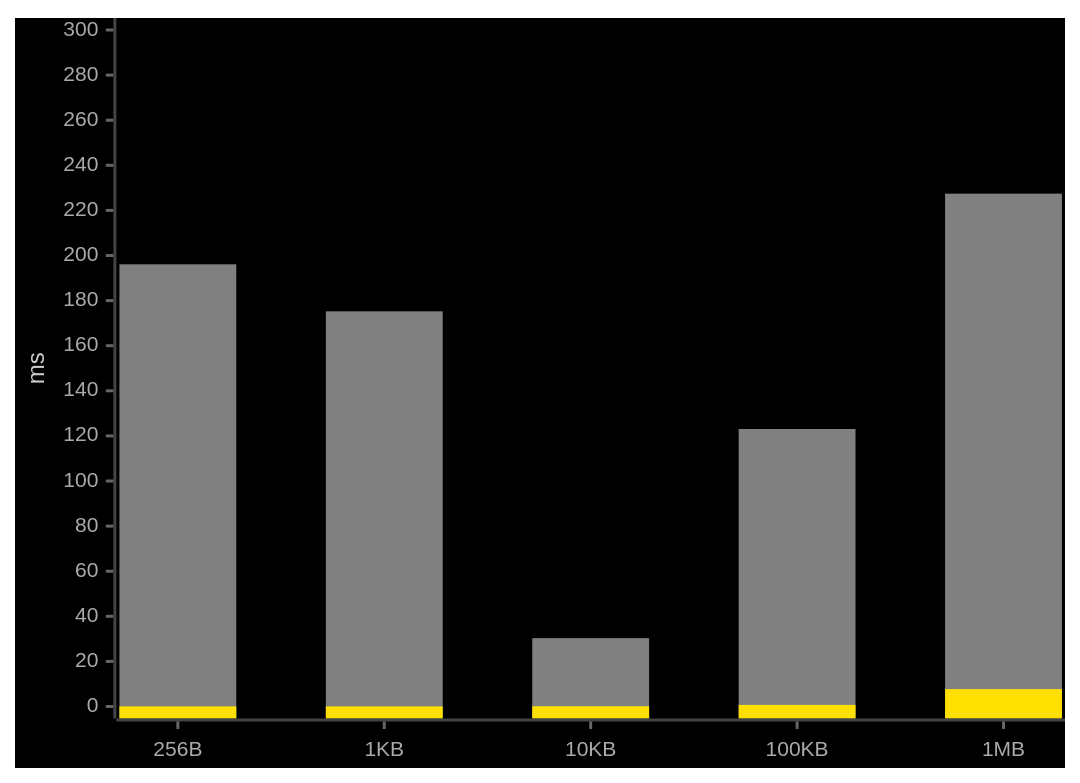
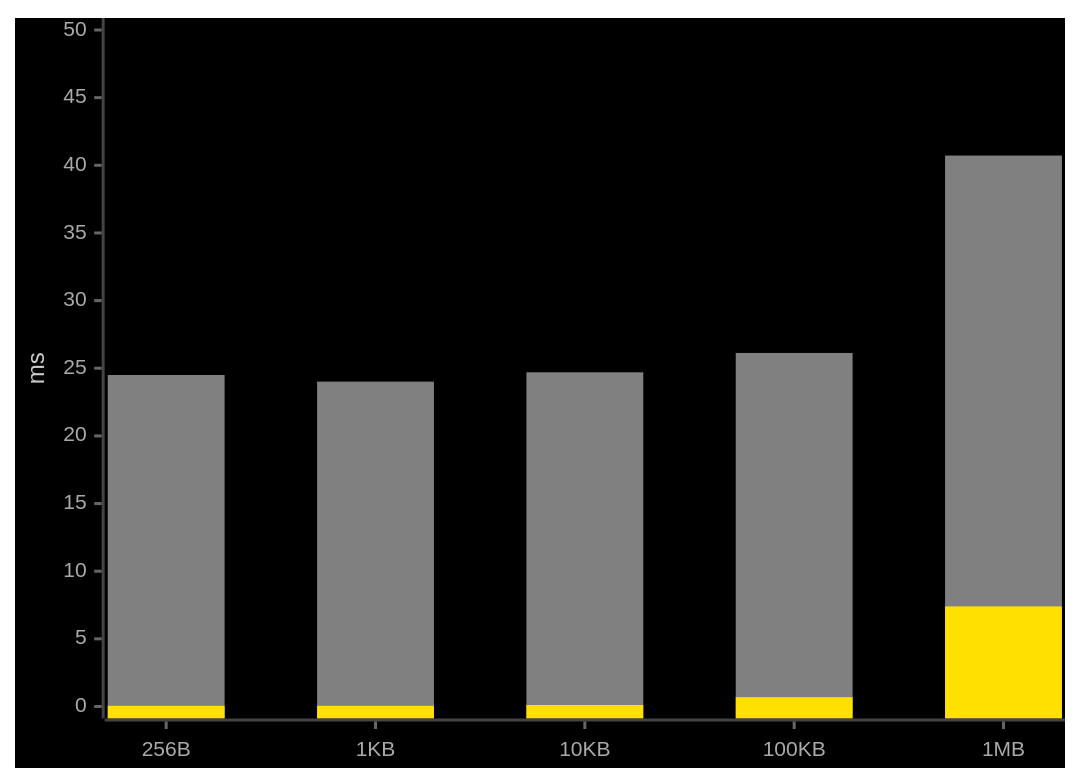
Before and after one commit to inference-labs-inc/lightning: the first of 2 diagrams in README.md, drawn with Mermaid. The commit also changed other lines of this file and 1 other file, not shown here.

````diff
--- a/README.md
+++ b/README.md
@@ -77,25 +77,25 @@
 ```mermaid
 ---
 config:
     xyChart:
         plotReservedSpacePercent: 60
     themeVariables:
         xyChart:
             backgroundColor: "#000000"
             plotColorPalette: "#808080, #FFE000"
             titleColor: "#ffffff"
             xAxisLabelColor: "#aaaaaa"
             xAxisTitleColor: "#cccccc"
             xAxisTickColor: "#666666"
             xAxisLineColor: "#444444"
             yAxisLabelColor: "#aaaaaa"
             yAxisTitleColor: "#cccccc"
             yAxisTickColor: "#666666"
             yAxisLineColor: "#444444"
 ---
 xychart-beta
     x-axis ["256B", "1KB", "10KB", "100KB", "1MB"]
-    y-axis "ms" 0 --> 300
-    bar "bittensor" [196.09, 175.24, 30.31, 123.06, 227.43]
-    bar "lightning" [0.05, 0.05, 0.11, 0.71, 7.71]
+    y-axis "ms" 0 --> 50
+    bar "bittensor" [24.50, 24.01, 24.70, 26.13, 40.72]
+    bar "lightning" [0.05, 0.05, 0.11, 0.69, 7.40]
 ```
````
